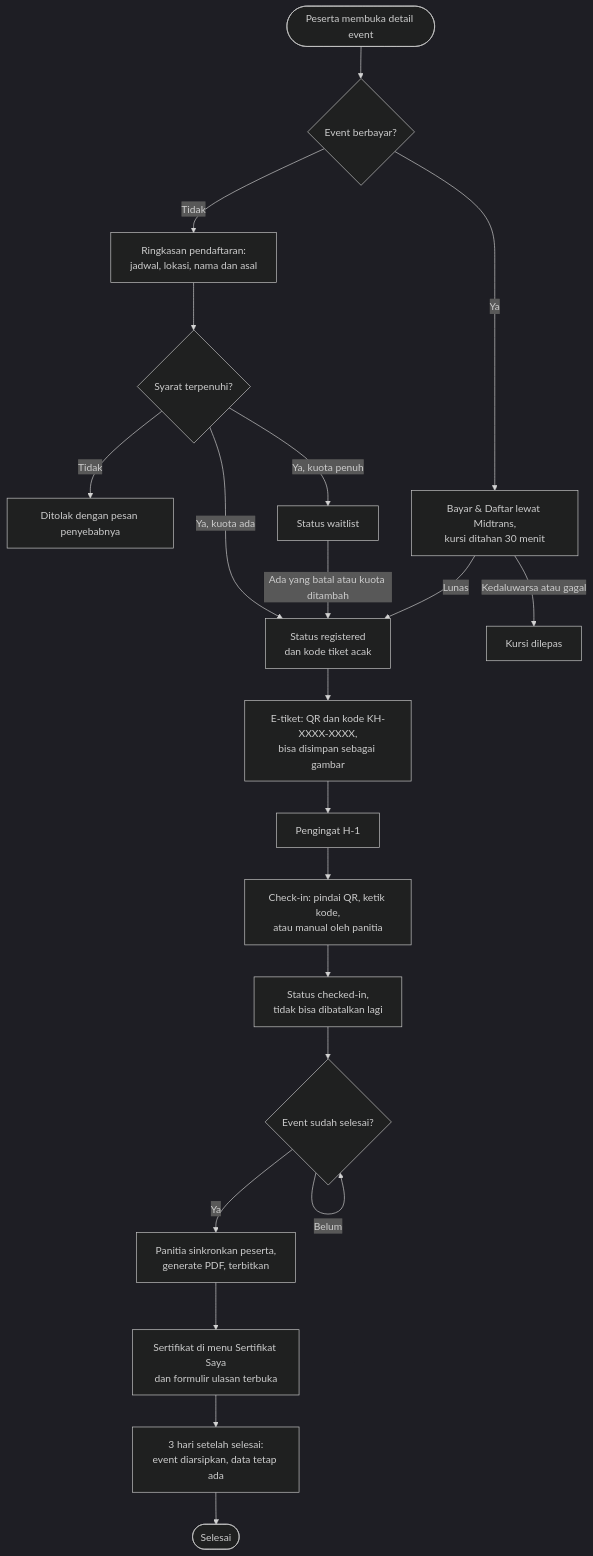
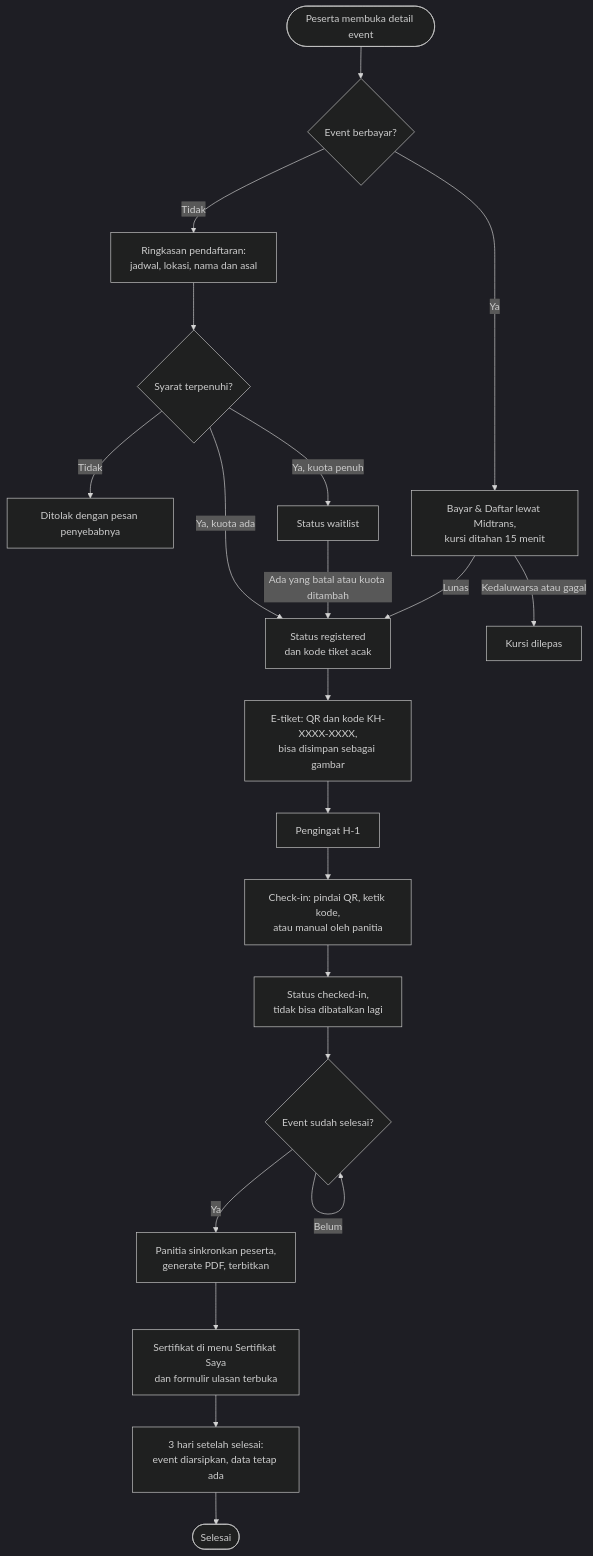
Before and after one commit to RifqiPermanaPutra/KampusHub: the sixth of 9 diagrams in docs/arsitektur.md, drawn with Mermaid (dark theme). The commit also changed other lines of this file and 6 other files, not shown here.

First line of the commit message:
Persingkat batas bayar menjadi 15 menit dan tambah hitung mundur

````diff
--- a/docs/arsitektur.md
+++ b/docs/arsitektur.md
@@ -405,23 +405,23 @@
 ```mermaid
 flowchart TD
     A([Peserta membuka detail event]) --> B{"Event berbayar?"}
     B -->|"Tidak"| C["Ringkasan pendaftaran:<br/>jadwal, lokasi, nama dan asal"]
     C --> D{"Syarat terpenuhi?"}
     D -->|"Tidak"| E["Ditolak dengan pesan penyebabnya"]
     D -->|"Ya, kuota ada"| F["Status registered<br/>dan kode tiket acak"]
     D -->|"Ya, kuota penuh"| G["Status waitlist"]
     G -->|"Ada yang batal atau kuota ditambah"| F
-    B -->|"Ya"| P["Bayar & Daftar lewat Midtrans,<br/>kursi ditahan 30 menit"]
+    B -->|"Ya"| P["Bayar & Daftar lewat Midtrans,<br/>kursi ditahan 15 menit"]
     P -->|"Lunas"| F
     P -->|"Kedaluwarsa atau gagal"| PX["Kursi dilepas"]
     F --> H["E-tiket: QR dan kode KH-XXXX-XXXX,<br/>bisa disimpan sebagai gambar"]
     H --> I["Pengingat H-1"]
     I --> J["Check-in: pindai QR, ketik kode,<br/>atau manual oleh panitia"]
     J --> K["Status checked-in,<br/>tidak bisa dibatalkan lagi"]
     K --> L{"Event sudah selesai?"}
     L -->|"Belum"| L
     L -->|"Ya"| M["Panitia sinkronkan peserta,<br/>generate PDF, terbitkan"]
     M --> N["Sertifikat di menu Sertifikat Saya<br/>dan formulir ulasan terbuka"]
     N --> O["3 hari setelah selesai:<br/>event diarsipkan, data tetap ada"]
     O --> Z([Selesai])
 ```
````
